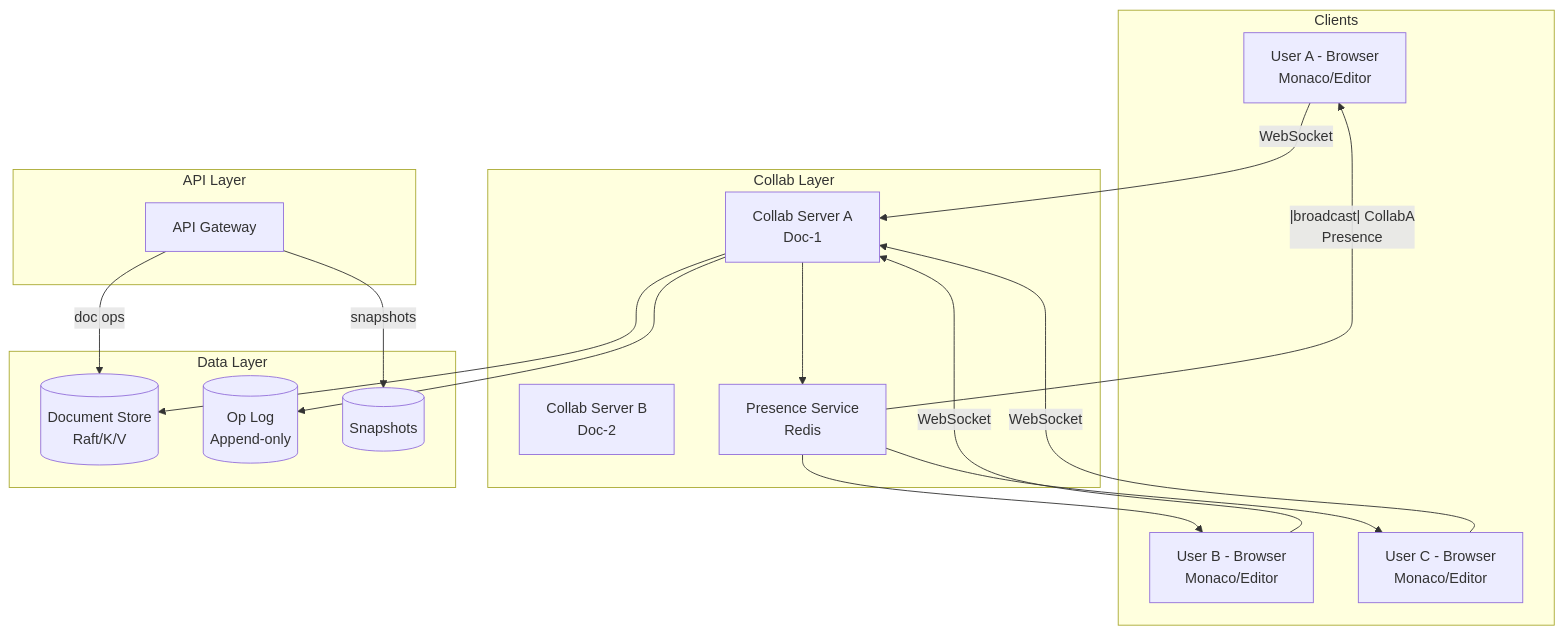
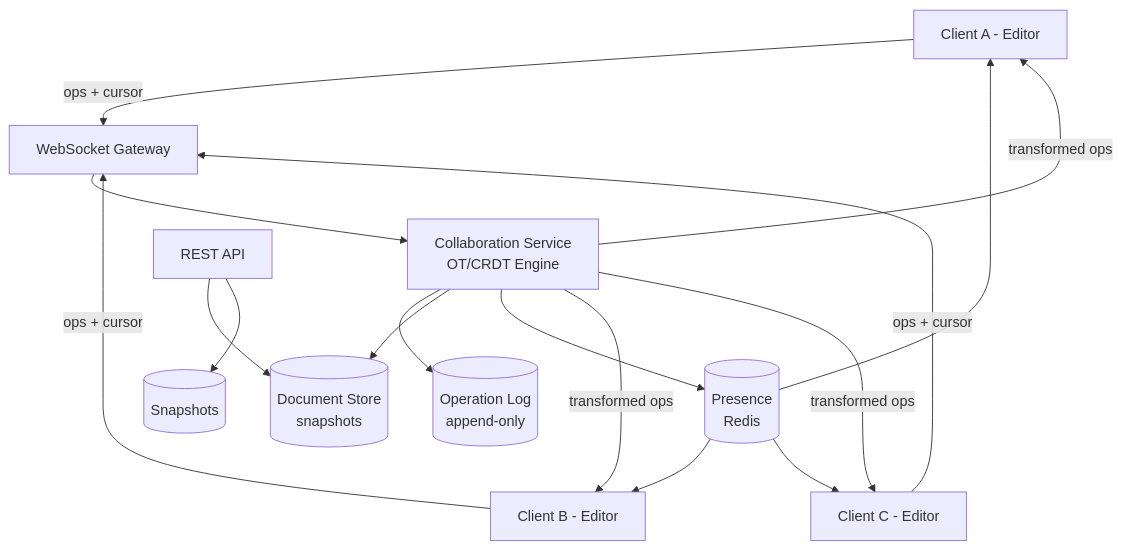
One commit to abhishekghoshh/system-design-helper changed the first of 16 diagrams in docs/system-design/high-level/designing/advanced/google-docs.md. Above: the diagram before and after it, drawn with Mermaid. The commit also changed other lines of this file and 107 other files, not shown here.

````diff
--- a/docs/system-design/high-level/designing/advanced/google-docs.md
+++ b/docs/system-design/high-level/designing/advanced/google-docs.md
@@ -362,33 +50,18 @@
 ```mermaid
 graph TD
-  subgraph Clients
-    C1[User A - Browser<br/>Monaco/Editor]
-    C2[User B - Browser<br/>Monaco/Editor]
-    C3[User C - Browser<br/>Monaco/Editor]
-  end
-  subgraph "API Layer"
-    APIGW[API Gateway]
-  end
-  subgraph "Collab Layer"
-    CollabA[Collab Server A<br/>Doc-1]
-    CollabB[Collab Server B<br/>Doc-2]
-    Presence[Presence Service<br/>Redis]
-  end
-  subgraph "Data Layer"
-    DocStore[(Document Store<br/>Raft/K/V)]
-    OpLog[(Op Log<br/>Append-only)]
-    SnapStore[(Snapshots)]
-  end
-  C1 -->|WebSocket| CollabA
-  C2 -->|WebSocket| CollabA
-  C3 -->|WebSocket| CollabA
-  CollabA --> Presence
-  CollabA --> DocStore
-  CollabA --> OpLog
-  APIGW -->|doc ops| DocStore
-  APIGW -->|snapshots| SnapStore
-  Presence --|broadcast| CollabA
-  Presence --> C1
-  Presence --> C2
-  Presence --> C3
+    C1[Client A - Editor] -->|ops + cursor| GW[WebSocket Gateway]
+    C2[Client B - Editor] -->|ops + cursor| GW
+    C3[Client C - Editor] -->|ops + cursor| GW
+    GW --> Collab[Collaboration Service<br/>OT/CRDT Engine]
+    Collab --> OpLog[(Operation Log<br/>append-only)]
+    Collab --> DocStore[(Document Store<br/>snapshots)]
+    Collab --> Presence[(Presence<br/>Redis)]
+    Presence --> C1
+    Presence --> C2
+    Presence --> C3
+    Collab -->|transformed ops| C1
+    Collab -->|transformed ops| C2
+    Collab -->|transformed ops| C3
+    APIGW[REST API] --> DocStore
+    APIGW --> SnapStore[(Snapshots)]
 ```
````
